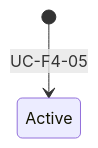
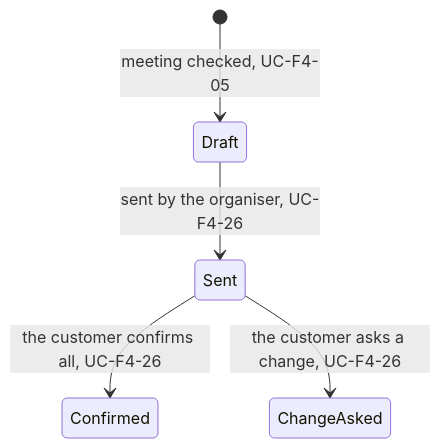
The diagram in docs/specs/02-functional/f04-meetings/data/e-f04-19-follow-up-email.md (gpbcom/SimpleERP), drawn with Mermaid before and after one commit. The commit also changed other lines of this file and 8816 other files, not shown here.

````diff
--- a/docs/specs/02-functional/f04-meetings/data/e-f04-19-follow-up-email.md
+++ b/docs/specs/02-functional/f04-meetings/data/e-f04-19-follow-up-email.md
@@ -25,4 +49,7 @@
 ```mermaid
 stateDiagram-v2
-  [*] --> Active : UC-F4-05
+  [*] --> Draft : meeting checked, UC-F4-05
+  Draft --> Sent : sent by the organiser, UC-F4-26
+  Sent --> Confirmed : the customer confirms all, UC-F4-26
+  Sent --> ChangeAsked : the customer asks a change, UC-F4-26
 ```
````
